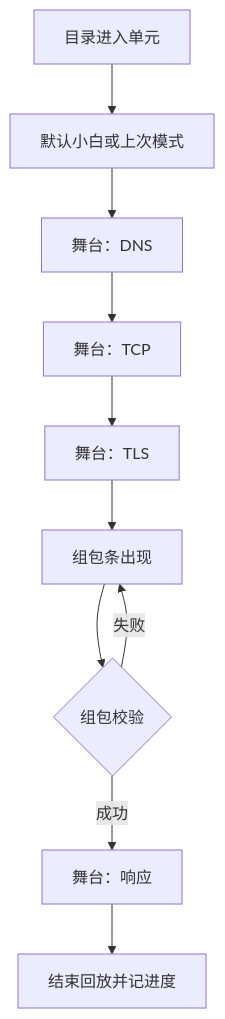
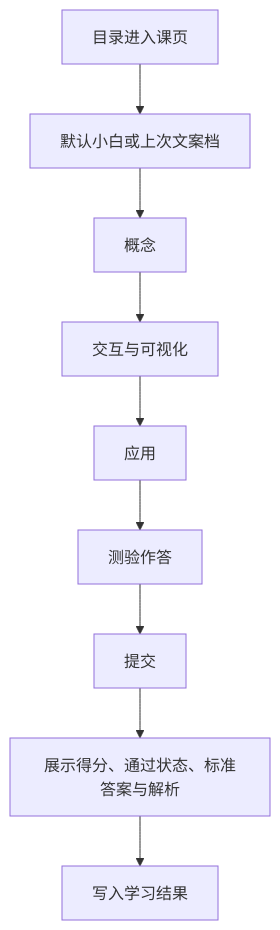
The diagram in docs/2026-10-18-http-course-from-scratch/产品规格.md (Izelzzz/interactive-tech-learning), drawn with Mermaid before and after one commit. The commit also changed other lines of this file and 1 other file, not shown here.

````diff
--- a/docs/2026-10-18-http-course-from-scratch/产品规格.md
+++ b/docs/2026-10-18-http-course-from-scratch/产品规格.md
@@ -90,12 +98,11 @@
 ```mermaid
 flowchart TD
-  A[目录进入单元] --> B[默认小白或上次模式]
-  B --> C[舞台：DNS]
-  C --> D[舞台：TCP]
-  D --> E[舞台：TLS]
-  E --> F[组包条出现]
-  F --> G{组包校验}
-  G -->|失败| F
-  G -->|成功| H[舞台：响应]
-  H --> I[结束回放并记进度]
+  A[目录进入课页] --> B[默认小白或上次文案档]
+  B --> C[概念]
+  C --> D[交互与可视化]
+  D --> E[应用]
+  E --> F[测验作答]
+  F --> G[提交]
+  G --> H[展示得分、通过状态、标准答案与解析]
+  H --> I[写入学习结果]
 ```
````
